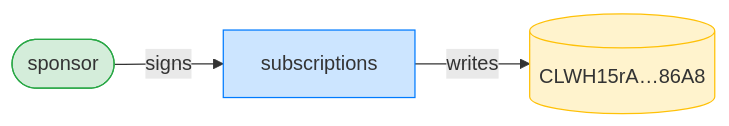
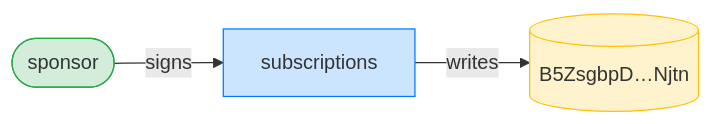
Diagram 11 of 12 in dsl_tests/a-sponsor-cannot-revoke-within-the-drift-window.md (cds-rs/subscriptions), drawn with Mermaid before and after one commit. The commit also changed other lines of this file and 224 other files, not shown here.

````diff
--- a/dsl_tests/a-sponsor-cannot-revoke-within-the-drift-window.md
+++ b/dsl_tests/a-sponsor-cannot-revoke-within-the-drift-window.md
@@ -221,11 +231,11 @@
 ```mermaid
 flowchart LR
     classDef signer fill:#d4edda,stroke:#28a745;
     classDef program fill:#cce5ff,stroke:#007bff;
     classDef writable fill:#fff3cd,stroke:#ffc107;
     subscriptions[subscriptions]:::program
     sponsor([sponsor]):::signer
-    CLWH15rA_86A8[("CLWH15rA…86A8")]:::writable
+    B5ZsgbpD_Njtn[("B5ZsgbpD…Njtn")]:::writable
     sponsor -->|signs| subscriptions
-    subscriptions -->|writes| CLWH15rA_86A8
+    subscriptions -->|writes| B5ZsgbpD_Njtn
 ```
````
